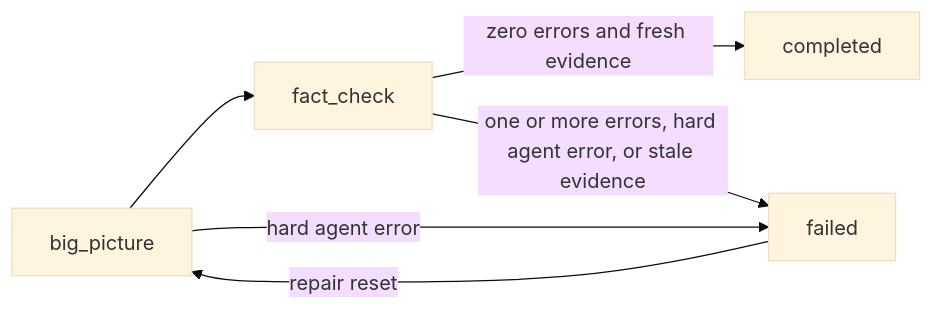
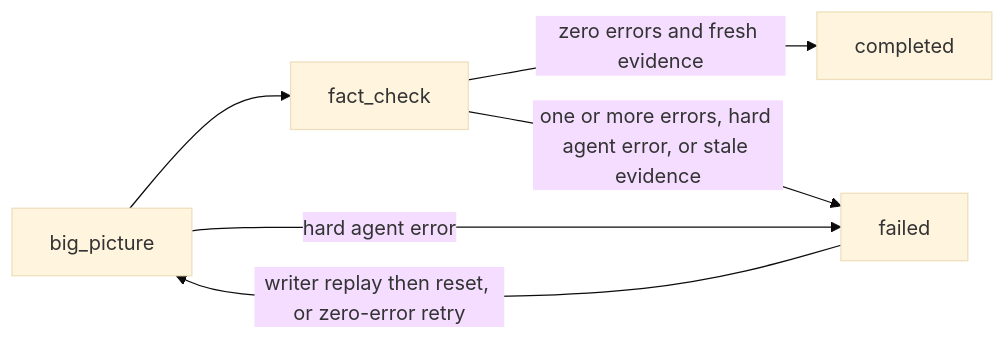
One commit to AtomiCloud/diene.all changed the diagram in docs/standards/contributor-docs/audit/PHASE.md. Above: the diagram before and after it, drawn with Mermaid (base theme). The commit also changed other lines of this file and 11 other files, not shown here.

````diff
--- a/docs/standards/contributor-docs/audit/PHASE.md
+++ b/docs/standards/contributor-docs/audit/PHASE.md
@@ -5,8 +5,8 @@
 ```mermaid
 flowchart LR
   BP[big_picture] --> FC[fact_check]
   FC -->|zero errors and fresh evidence| C[completed]
   BP -->|hard agent error| F[failed]
   FC -->|one or more errors, hard agent error, or stale evidence| F
-  F -->|repair reset| BP
+  F -->|writer replay then reset, or zero-error retry| BP
 ```
````
